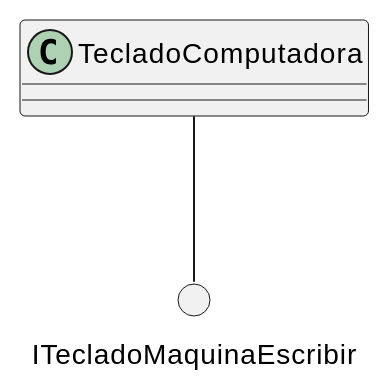
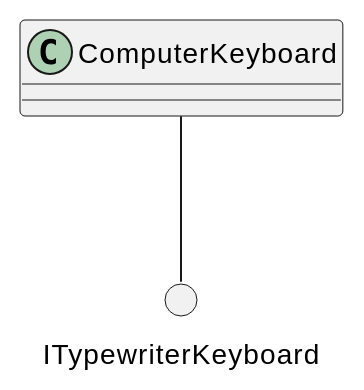
One commit to jcg-admin/IACT-docs changed the second of 2 diagrams in source/base-cognitiva/_uml/uml-05-agregacion-composicion-interfaces/interfaces-y-realizaciones.rst. Above: the diagram before and after it, drawn with PlantUML. The commit also changed other lines of this file and 16 other files, not shown here.

```diff
--- a/source/base-cognitiva/_uml/uml-05-agregacion-composicion-interfaces/interfaces-y-realizaciones.rst
+++ b/source/base-cognitiva/_uml/uml-05-agregacion-composicion-interfaces/interfaces-y-realizaciones.rst
@@ -82,8 +82,8 @@
 .. uml::
 
    @startuml
 
-   class TecladoComputadora
-   () "ITecladoMaquinaEscribir" as ITME
-   TecladoComputadora -- ITME
+   class ComputerKeyboard
+   () "ITypewriterKeyboard" as ITK
+   ComputerKeyboard -- ITK
    @enduml
```
